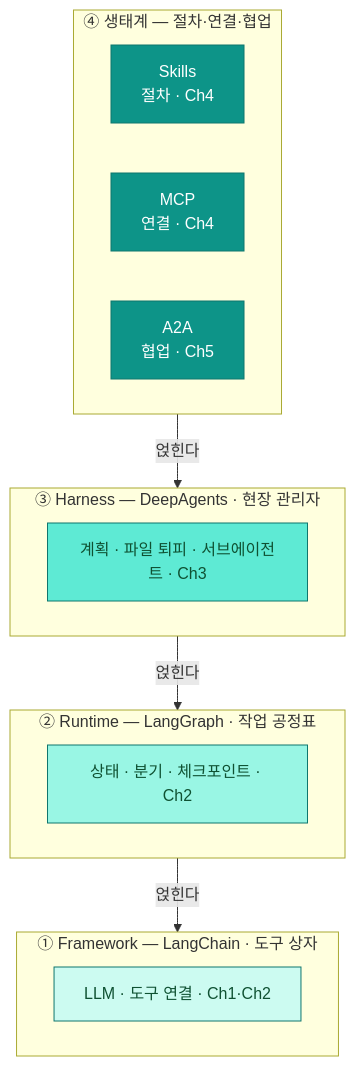
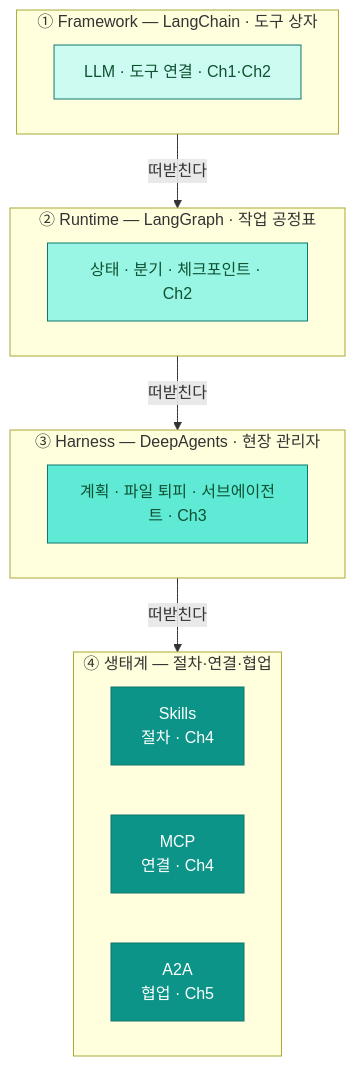
One commit to Yo-sure/deepagents-handson changed the third of 4 diagrams in books/md/Chapter 6. 통합 Demo와 Wrap-up.md. Above: the diagram before and after it, drawn with Mermaid. The commit also changed other lines of this file and 1 other file, not shown here.

````diff
--- a/books/md/Chapter 6. 통합 Demo와 Wrap-up.md
+++ b/books/md/Chapter 6. 통합 Demo와 Wrap-up.md
@@ -254,23 +266,23 @@
 ```mermaid
 flowchart TB
   subgraph L4 ["④ 생태계 — 절차·연결·협업"]
     direction LR
     SK["Skills<br/>절차 · Ch4"]:::eco
     MC["MCP<br/>연결 · Ch4"]:::eco
     A2["A2A<br/>협업 · Ch5"]:::eco
   end
   subgraph L3 ["③ Harness — DeepAgents · 현장 관리자"]
     H["계획 · 파일 퇴피 · 서브에이전트 · Ch3"]:::harness
   end
   subgraph L2 ["② Runtime — LangGraph · 작업 공정표"]
     R["상태 · 분기 · 체크포인트 · Ch2"]:::run
   end
   subgraph L1 ["① Framework — LangChain · 도구 상자"]
     F["LLM · 도구 연결 · Ch1·Ch2"]:::fw
   end
-  L4 -->|얹힌다| L3 -->|얹힌다| L2 -->|얹힌다| L1
+  L1 -->|떠받친다| L2 -->|떠받친다| L3 -->|떠받친다| L4
   classDef eco fill:#0d9488,stroke:#0f766e,color:#fff;
   classDef harness fill:#5eead4,stroke:#0f766e,color:#0f5132;
   classDef run fill:#99f6e4,stroke:#0f766e,color:#0f5132;
   classDef fw fill:#ccfbf1,stroke:#0f766e,color:#0f5132;
 ```
````
